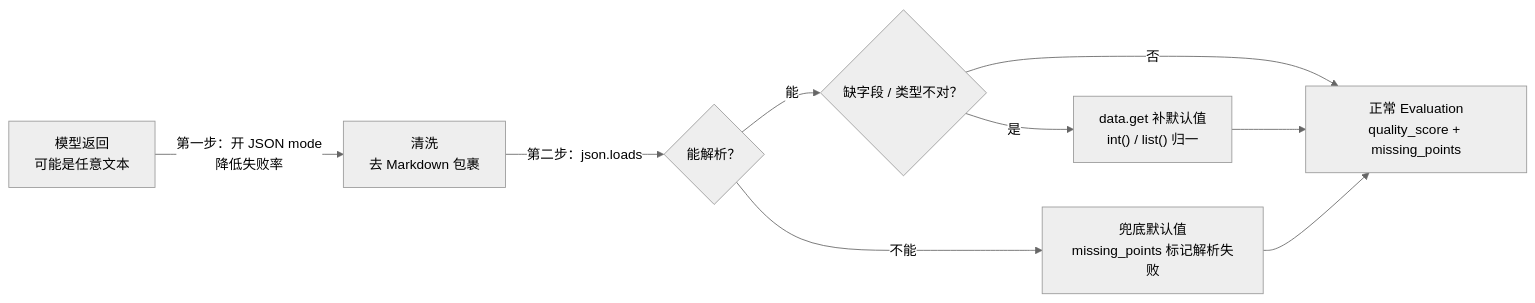
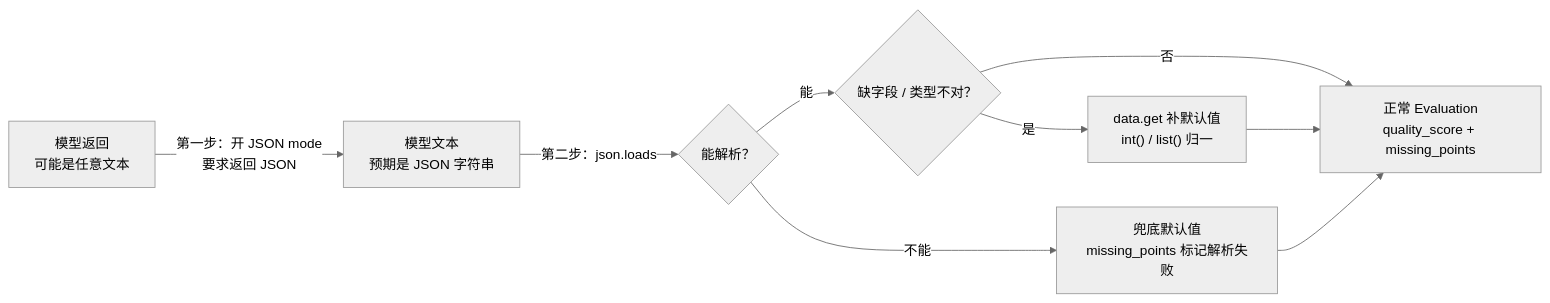
Before and after one commit to sealzrt/2026-08--agent: the first of 2 diagrams in ai-agent学习/06.LangGraph入门/08.LLM调用与提示词组织.md, drawn with Mermaid (neutral theme). The commit also changed other lines of this file and 4 other files, not shown here.

````diff
--- a/ai-agent学习/06.LangGraph入门/08.LLM调用与提示词组织.md
+++ b/ai-agent学习/06.LangGraph入门/08.LLM调用与提示词组织.md
@@ -111,11 +111,11 @@
 ```mermaid
 flowchart LR
-    RAW["模型返回<br/>可能是任意文本"] -->|"第一步：开 JSON mode<br/>降低失败率"| CLEAN["清洗<br/>去 Markdown 包裹"]
-    CLEAN -->|"第二步：json.loads"| TRY{"能解析？"}
+    RAW["模型返回<br/>可能是任意文本"] -->|"第一步：开 JSON mode<br/>要求返回 JSON"| JSONMODE["模型文本<br/>预期是 JSON 字符串"]
+    JSONMODE -->|"第二步：json.loads"| TRY{"能解析？"}
     TRY -- "能" --> MISS{"缺字段 / 类型不对？"}
     MISS -- "否" --> OK["正常 Evaluation<br/>quality_score + missing_points"]
     MISS -- "是" --> D1["data.get 补默认值<br/>int() / list() 归一"]
     D1 --> OK
     TRY -- "不能" --> D2["兜底默认值<br/>missing_points 标记解析失败"]
     D2 --> OK
 ```
````
